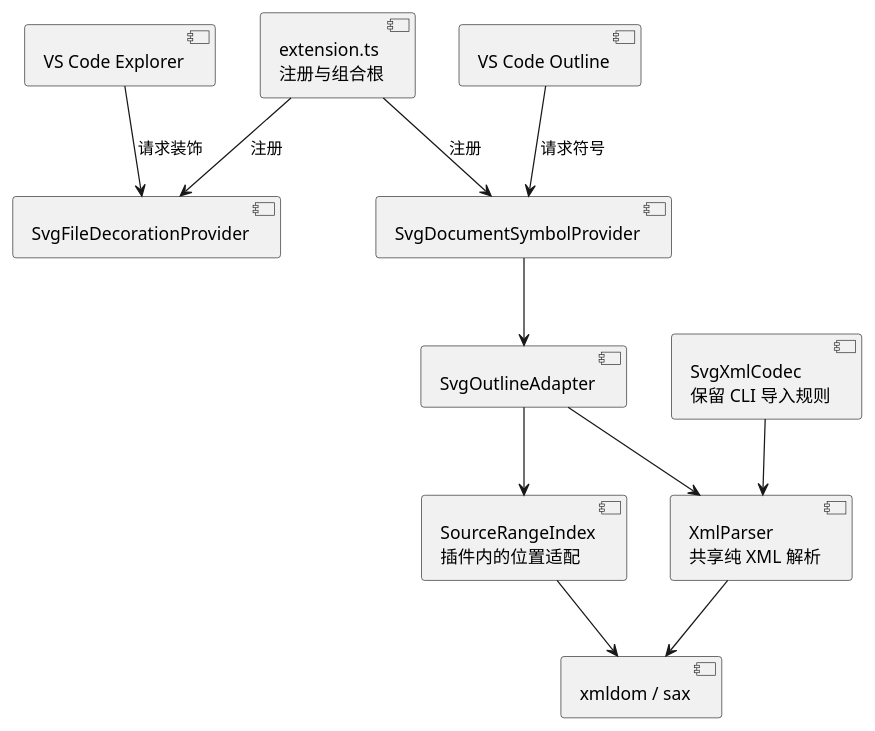
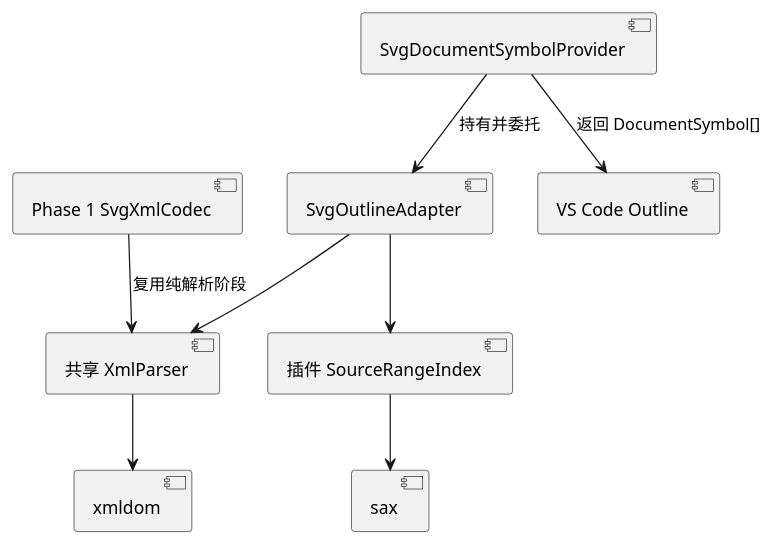
The second of 2 diagrams in doc/README.md (Xulichenpro/Software-Design-Project), drawn with PlantUML before and after one commit. The commit also changed other lines of this file and 1 other file, not shown here.

First line of the commit message:
docs: document phase 2 VS Code deliverables and pattern analysis

````diff
--- a/doc/README.md
+++ b/doc/README.md
@@ -13,24 +153,19 @@
 ```plantuml
 @startuml
-component "VS Code Explorer" as Explorer
-component "VS Code Outline" as Outline
-component "extension.ts\n注册与组合根" as Entry
-component "SvgFileDecorationProvider" as Badge
+component "Phase 1 SvgXmlCodec" as Codec
+component "共享 XmlParser" as Parser
+component "xmldom" as DOM
 component "SvgDocumentSymbolProvider" as Provider
 component "SvgOutlineAdapter" as Adapter
-component "SourceRangeIndex\n插件内的位置适配" as Locations
-component "XmlParser\n共享纯 XML 解析" as Parser
-component "SvgXmlCodec\n保留 CLI 导入规则" as Codec
-component "xmldom / sax" as Libraries
-Entry --> Badge : 注册
-Entry --> Provider : 注册
-Explorer --> Badge : 请求装饰
-Outline --> Provider : 请求符号
-Provider --> Adapter
+component "插件 SourceRangeIndex" as Index
+component "sax" as SAX
+component "VS Code Outline" as Outline
+Codec --> Parser : 复用纯解析阶段
+Parser --> DOM
+Provider --> Adapter : 持有并委托
 Adapter --> Parser
-Adapter --> Locations
-Parser --> Libraries
-Locations --> Libraries
-Codec --> Parser
+Adapter --> Index
+Index --> SAX
+Provider --> Outline : 返回 DocumentSymbol[]
 @enduml
 ```
````
